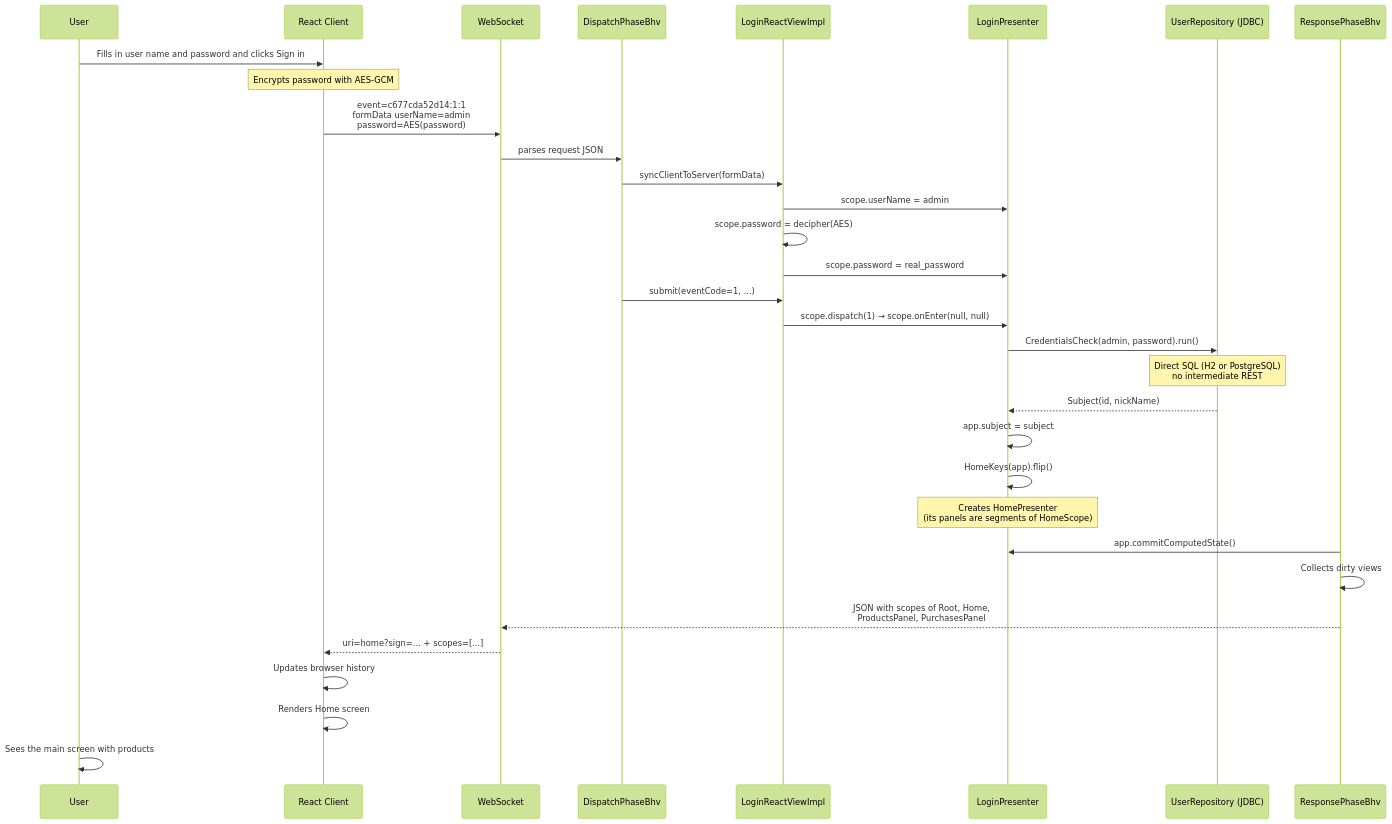
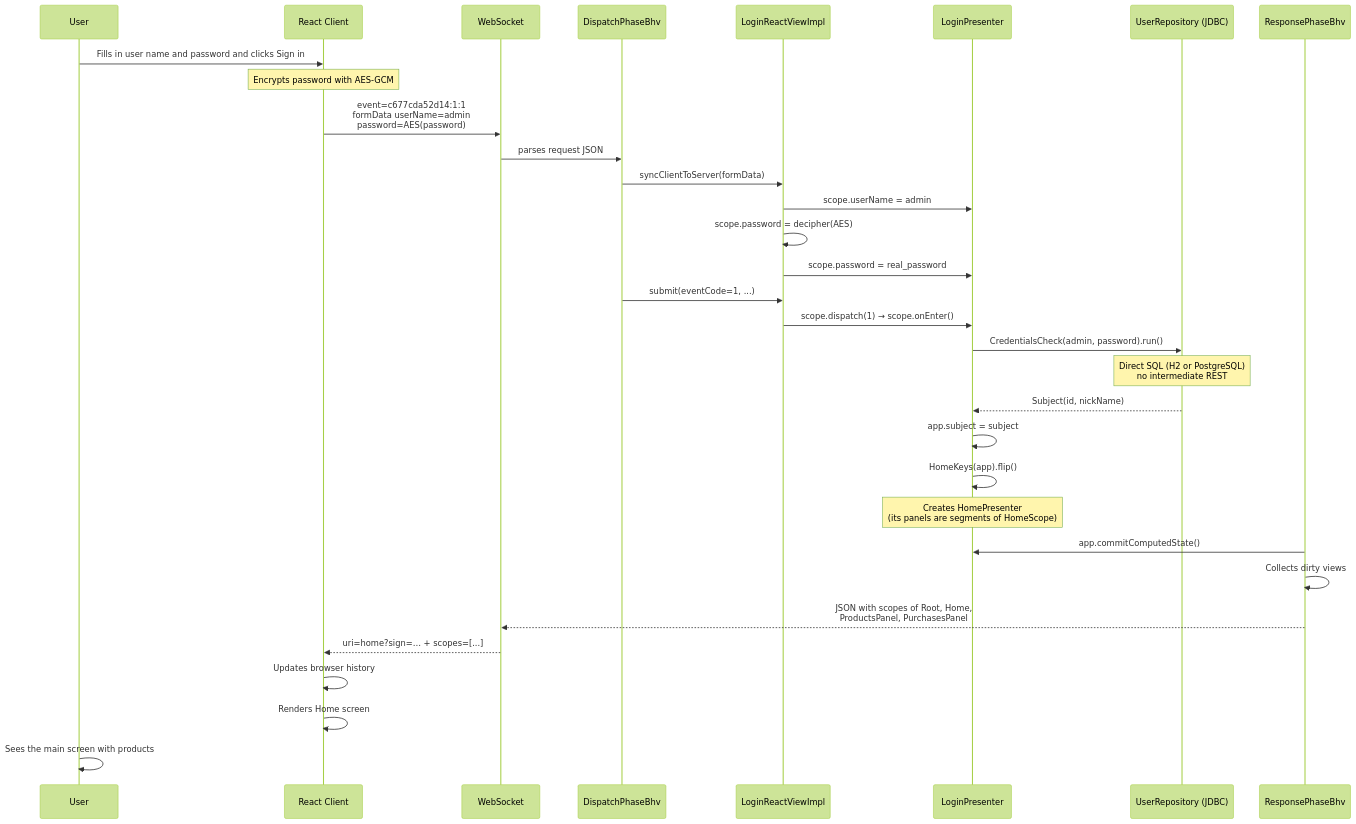
Before and after one commit to mrcdom/wdc-cube-kotlin: the ninth of 9 diagrams in docs/architecture-react.md, drawn with Mermaid (forest theme). The commit also changed other lines of this file and 15 other files, not shown here.

````diff
--- a/docs/architecture-react.md
+++ b/docs/architecture-react.md
@@ -492,47 +492,47 @@
 ```mermaid
 sequenceDiagram
     participant User as User
     participant React as React Client
     participant WS as WebSocket
     participant Disp as DispatchPhaseBhv
     participant LView as LoginReactViewImpl
     participant LPres as LoginPresenter
     participant URepo as UserRepository (JDBC)
     participant Resp as ResponsePhaseBhv
 
     User->>React: Fills in user name and password and clicks Sign in
 
     Note over React: Encrypts password with AES-GCM
 
     React->>WS: event=c677cda52d14:1:1<br/>formData userName=admin<br/>password=AES(password)
 
     WS->>Disp: parses request JSON
 
     Disp->>LView: syncClientToServer(formData)
     LView->>LPres: scope.userName = admin
     LView->>LView: scope.password = decipher(AES)
     LView->>LPres: scope.password = real_password
 
     Disp->>LView: submit(eventCode=1, ...)
-    LView->>LPres: scope.dispatch(1) → scope.onEnter(null, null)
+    LView->>LPres: scope.dispatch(1) → scope.onEnter()
 
     LPres->>URepo: CredentialsCheck(admin, password).run()
     Note over URepo: Direct SQL (H2 or PostgreSQL)<br/>no intermediate REST
     URepo-->>LPres: Subject(id, nickName)
 
     LPres->>LPres: app.subject = subject
     LPres->>LPres: HomeKeys(app).flip()
 
     Note over LPres: Creates HomePresenter<br/>(its panels are segments of HomeScope)
 
     Resp->>LPres: app.commitComputedState()
     Resp->>Resp: Collects dirty views
 
     Resp-->>WS: JSON with scopes of Root, Home,<br/>ProductsPanel, PurchasesPanel
 
     WS-->>React: uri=home?sign=… + scopes=[...]
     React->>React: Updates browser history
     React->>React: Renders Home screen
 
     User->>User: Sees the main screen with products
 ```
````
